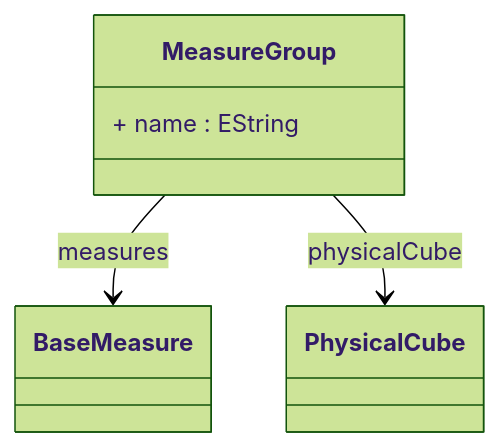
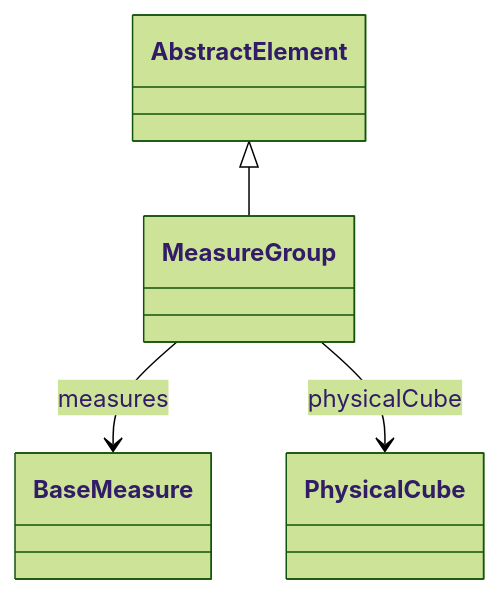
The diagram in docs/cubeserver/model/class-MeasureGroup.md (eclipse-daanse/eclipse-daanse.github.io), drawn with Mermaid (forest theme) before and after one commit. The commit also changed other lines of this file and 138 other files, not shown here.

````diff
--- a/docs/cubeserver/model/class-MeasureGroup.md
+++ b/docs/cubeserver/model/class-MeasureGroup.md
@@ -83,11 +76,10 @@
 ```mermaid
 classDiagram
   class MeasureGroup {
-    + name : EString
   }
 
-
+  AbstractElement <|-- MeasureGroup
   MeasureGroup --> BaseMeasure : measures
   MeasureGroup --> PhysicalCube : physicalCube
 
 ```
````
